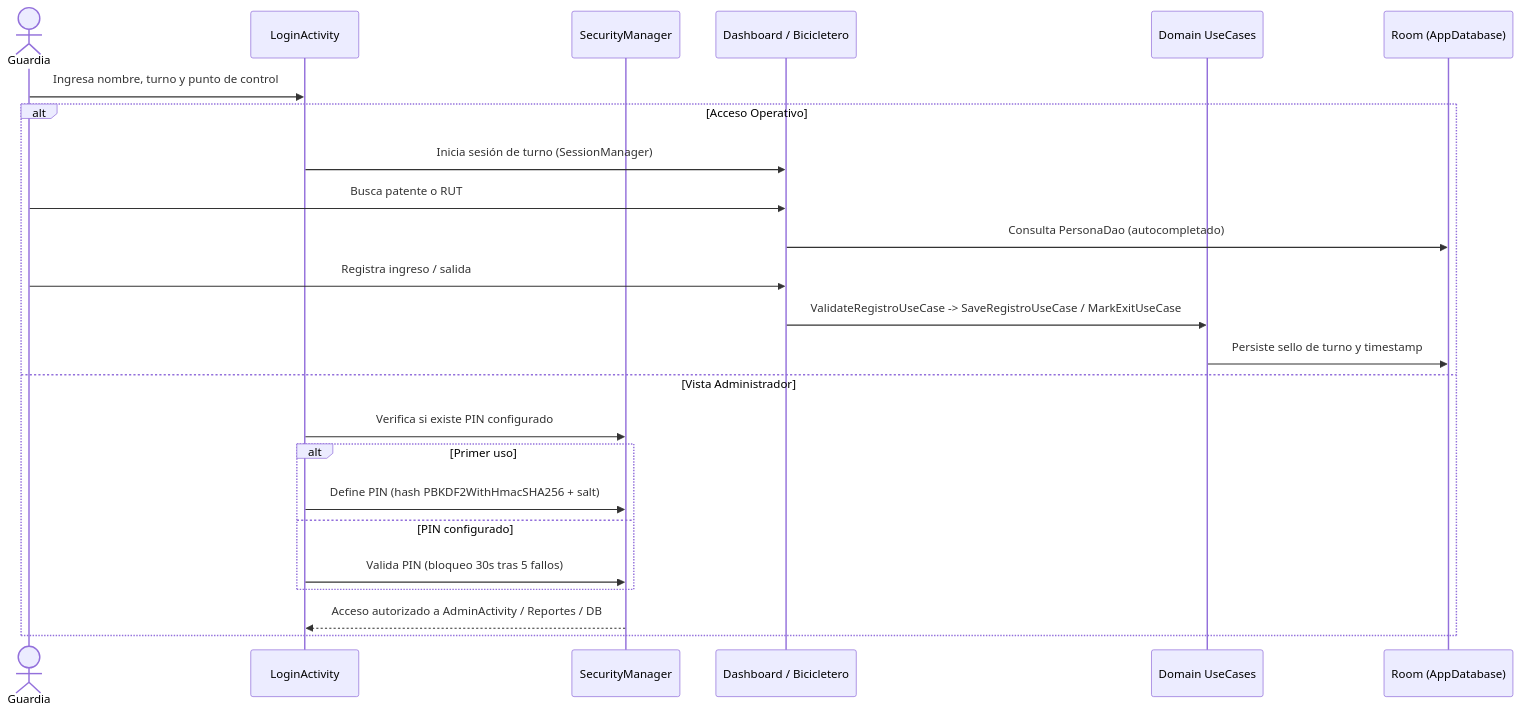
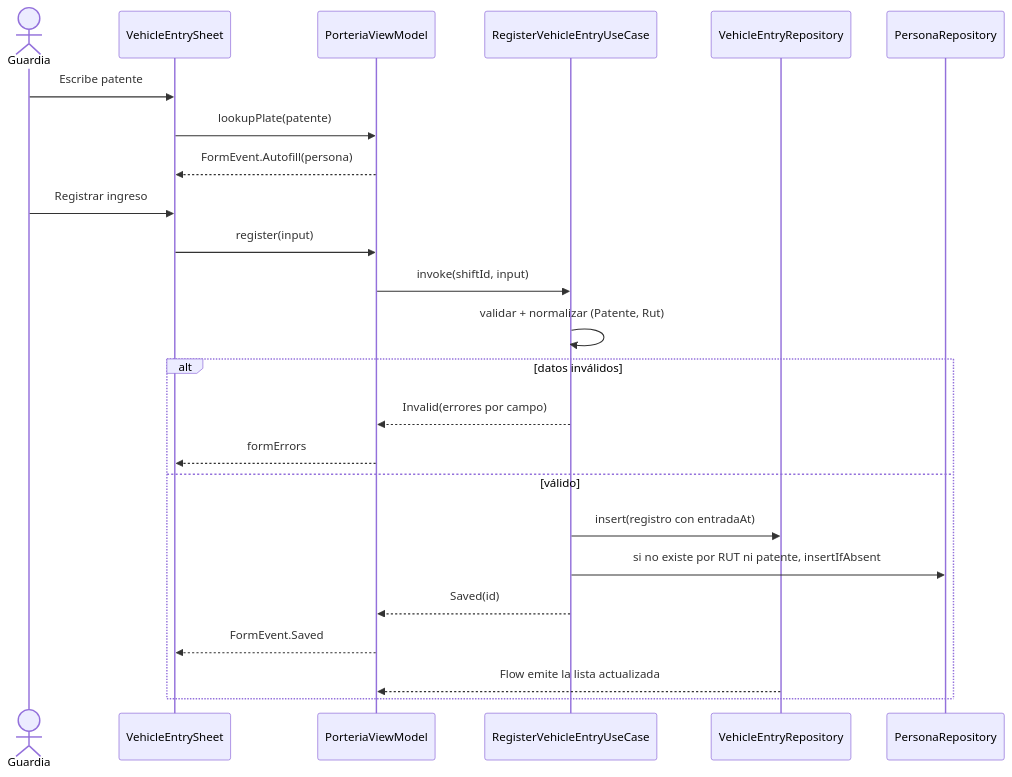
One commit to dur1al/controlate-android changed the second of 3 diagrams in README.md. Above: the diagram before and after it, drawn with Mermaid. The commit also changed other lines of this file and 199 other files, not shown here.

Commit message:
diagramas de pipeline pdf e integridad operativa docs/diagrams.md

````diff
--- a/README.md
+++ b/README.md
@@ -88,27 +81,27 @@
 ```mermaid
 sequenceDiagram
-    actor Guardia
-    participant Login as LoginActivity
-    participant Sec as SecurityManager
-    participant Dash as Dashboard / Bicicletero
-    participant UC as Domain UseCases
-    participant DB as Room (AppDatabase)
+    actor G as Guardia
+    participant S as VehicleEntrySheet
+    participant VM as PorteriaViewModel
+    participant UC as RegisterVehicleEntryUseCase
+    participant VR as VehicleEntryRepository
+    participant PR as PersonaRepository
 
-    Guardia->>Login: Ingresa nombre, turno y punto de control
-    alt Acceso Operativo
-        Login->>Dash: Inicia sesión de turno (SessionManager)
-        Guardia->>Dash: Busca patente o RUT
-        Dash->>DB: Consulta PersonaDao (autocompletado)
-        Guardia->>Dash: Registra ingreso / salida
-        Dash->>UC: ValidateRegistroUseCase -> SaveRegistroUseCase / MarkExitUseCase
-        UC->>DB: Persiste sello de turno y timestamp
-    else Vista Administrador
-        Login->>Sec: Verifica si existe PIN configurado
-        alt Primer uso
-            Login->>Sec: Define PIN (hash PBKDF2WithHmacSHA256 + salt)
-        else PIN configurado
-            Login->>Sec: Valida PIN (bloqueo 30s tras 5 fallos)
-        end
-        Sec-->>Login: Acceso autorizado a AdminActivity / Reportes / DB
+    G->>S: Escribe patente
+    S->>VM: lookupPlate(patente)
+    VM-->>S: FormEvent.Autofill(persona)
+    G->>S: Registrar ingreso
+    S->>VM: register(input)
+    VM->>UC: invoke(shiftId, input)
+    UC->>UC: validar + normalizar (Patente, Rut)
+    alt datos inválidos
+        UC-->>VM: Invalid(errores por campo)
+        VM-->>S: formErrors
+    else válido
+        UC->>VR: insert(registro con entradaAt)
+        UC->>PR: si no existe por RUT ni patente, insertIfAbsent
+        UC-->>VM: Saved(id)
+        VM-->>S: FormEvent.Saved
+        VR-->>VM: Flow emite la lista actualizada
     end
 ```
````
